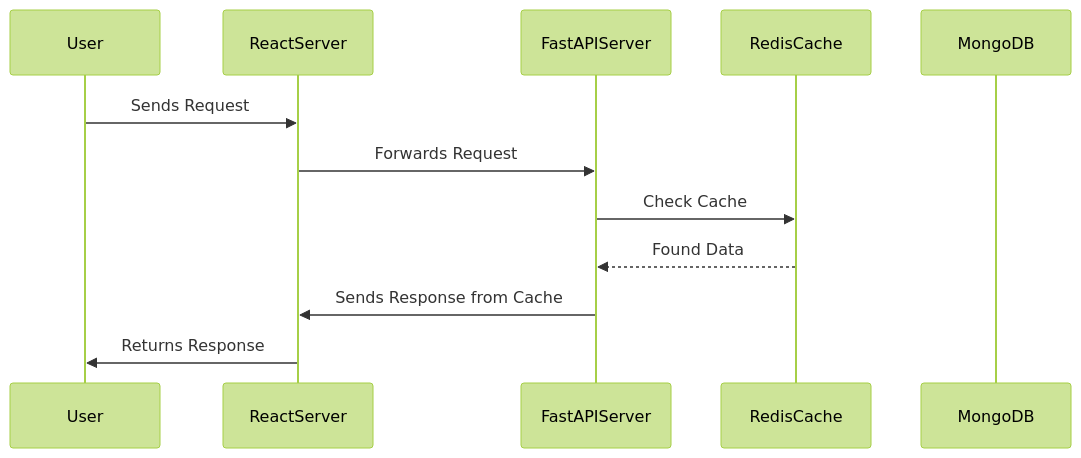
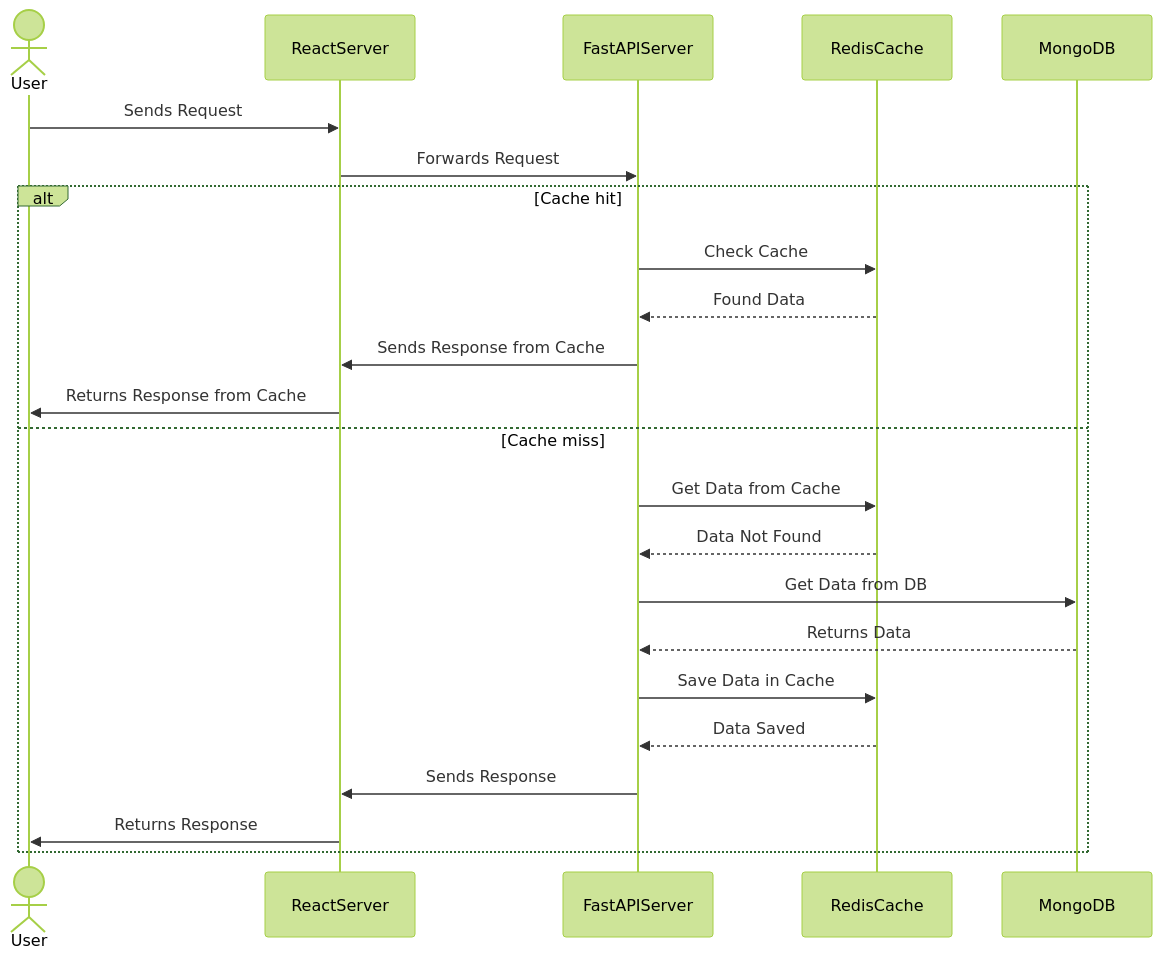
Before and after one commit to antoinebou12/CV: the second of 2 diagrams in hugo/content/posts/chatgpt-airprm-sequence-diagrams/index.md, drawn with Mermaid (forest theme). The commit also changed other lines of this file and 79 other files, not shown here.

````diff
--- a/hugo/content/posts/chatgpt-airprm-sequence-diagrams/index.md
+++ b/hugo/content/posts/chatgpt-airprm-sequence-diagrams/index.md
@@ -48,15 +100,27 @@
 ```mermaid
 sequenceDiagram
-    participant User
+    actor User
     participant ReactServer
     participant FastAPIServer
     participant RedisCache
     participant MongoDB
 
     User->>ReactServer: Sends Request
     ReactServer->>FastAPIServer: Forwards Request
-    FastAPIServer->>RedisCache: Check Cache
-    RedisCache-->>FastAPIServer: Found Data
-    FastAPIServer->>ReactServer: Sends Response from Cache
-    ReactServer->>User: Returns Response
+
+    alt Cache hit
+        FastAPIServer->>RedisCache: Check Cache
+        RedisCache-->>FastAPIServer: Found Data
+        FastAPIServer->>ReactServer: Sends Response from Cache
+        ReactServer->>User: Returns Response from Cache
+    else Cache miss
+        FastAPIServer->>RedisCache: Get Data from Cache
+        RedisCache-->>FastAPIServer: Data Not Found
+        FastAPIServer->>MongoDB: Get Data from DB
+        MongoDB-->>FastAPIServer: Returns Data
+        FastAPIServer->>RedisCache: Save Data in Cache
+        RedisCache-->>FastAPIServer: Data Saved
+        FastAPIServer->>ReactServer: Sends Response
+        ReactServer->>User: Returns Response
+    end
 ```
````
